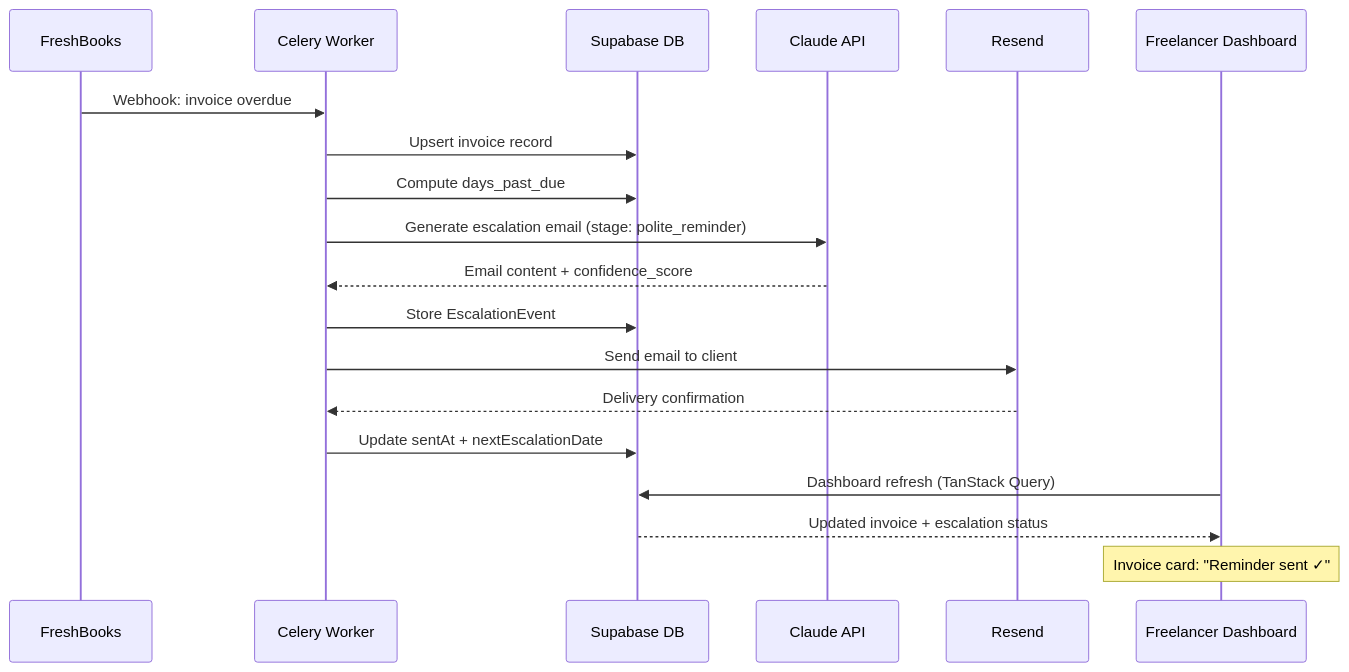
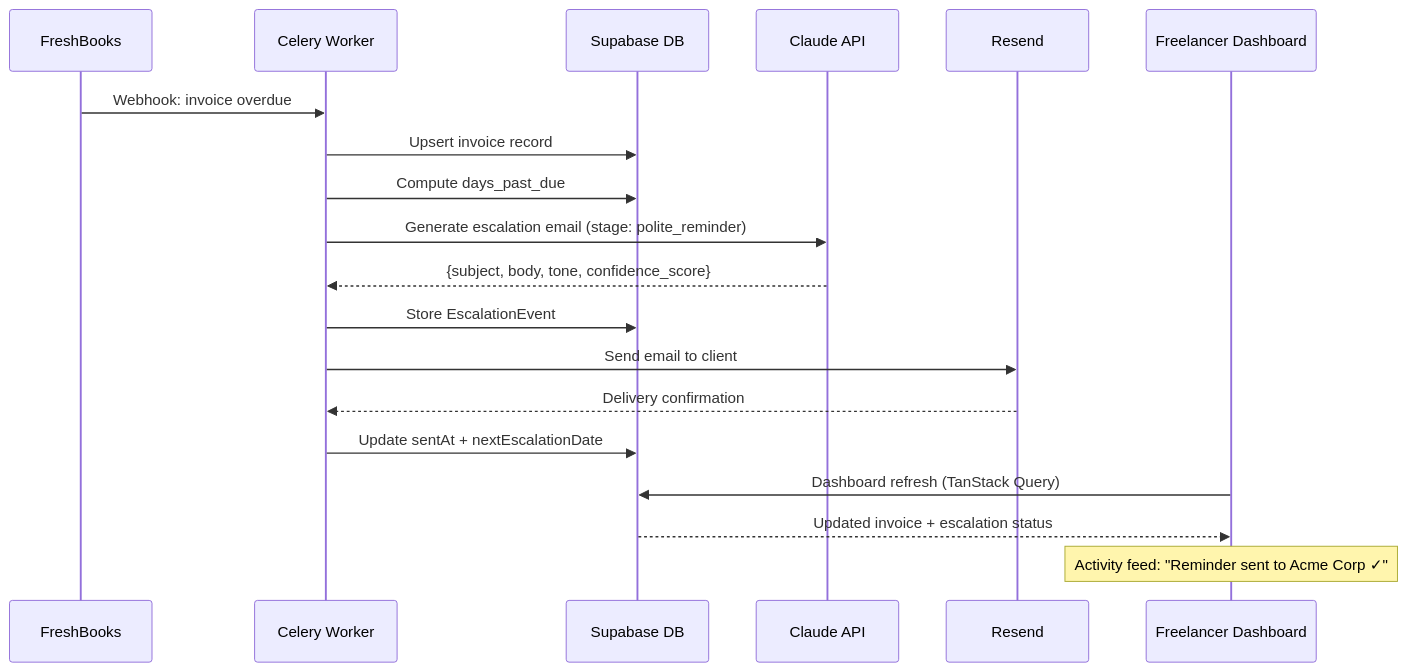
The second of 2 diagrams in README.md (RudrenduPaul/freelancer-payment-protection), drawn with Mermaid before and after one commit. The commit also changed other lines of this file and 10 other files, not shown here.

````diff
--- a/README.md
+++ b/README.md
@@ -289,22 +279,22 @@
 ```mermaid
 sequenceDiagram
     participant FB as FreshBooks
     participant W as Celery Worker
     participant DB as Supabase DB
     participant AI as Claude API
     participant Email as Resend
     participant UI as Freelancer Dashboard
 
     FB->>W: Webhook: invoice overdue
     W->>DB: Upsert invoice record
     W->>DB: Compute days_past_due
     W->>AI: Generate escalation email (stage: polite_reminder)
-    AI-->>W: Email content + confidence_score
+    AI-->>W: {subject, body, tone, confidence_score}
     W->>DB: Store EscalationEvent
     W->>Email: Send email to client
     Email-->>W: Delivery confirmation
     W->>DB: Update sentAt + nextEscalationDate
     UI->>DB: Dashboard refresh (TanStack Query)
     DB-->>UI: Updated invoice + escalation status
-    Note over UI: Invoice card: "Reminder sent ✓"
+    Note over UI: Activity feed: "Reminder sent to Acme Corp ✓"
 ```
````
